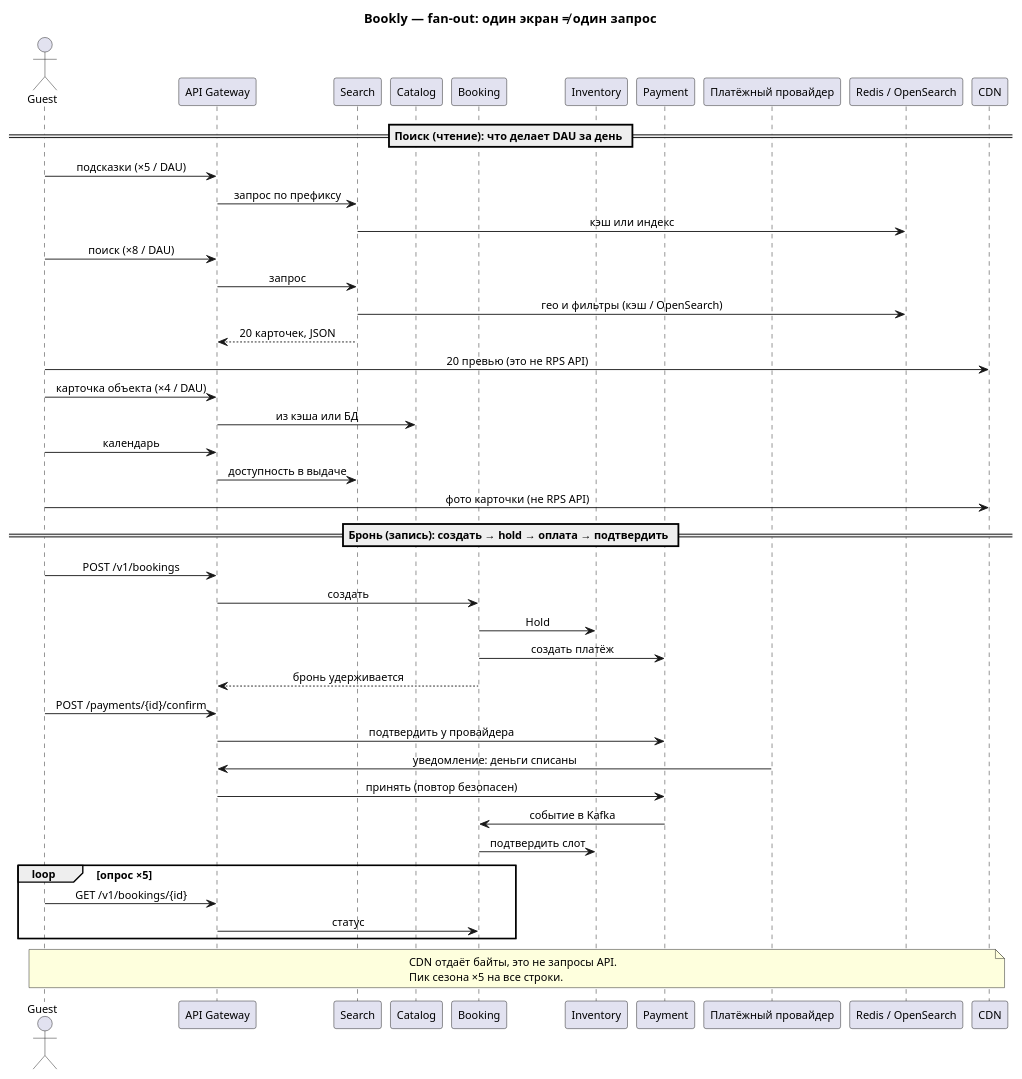
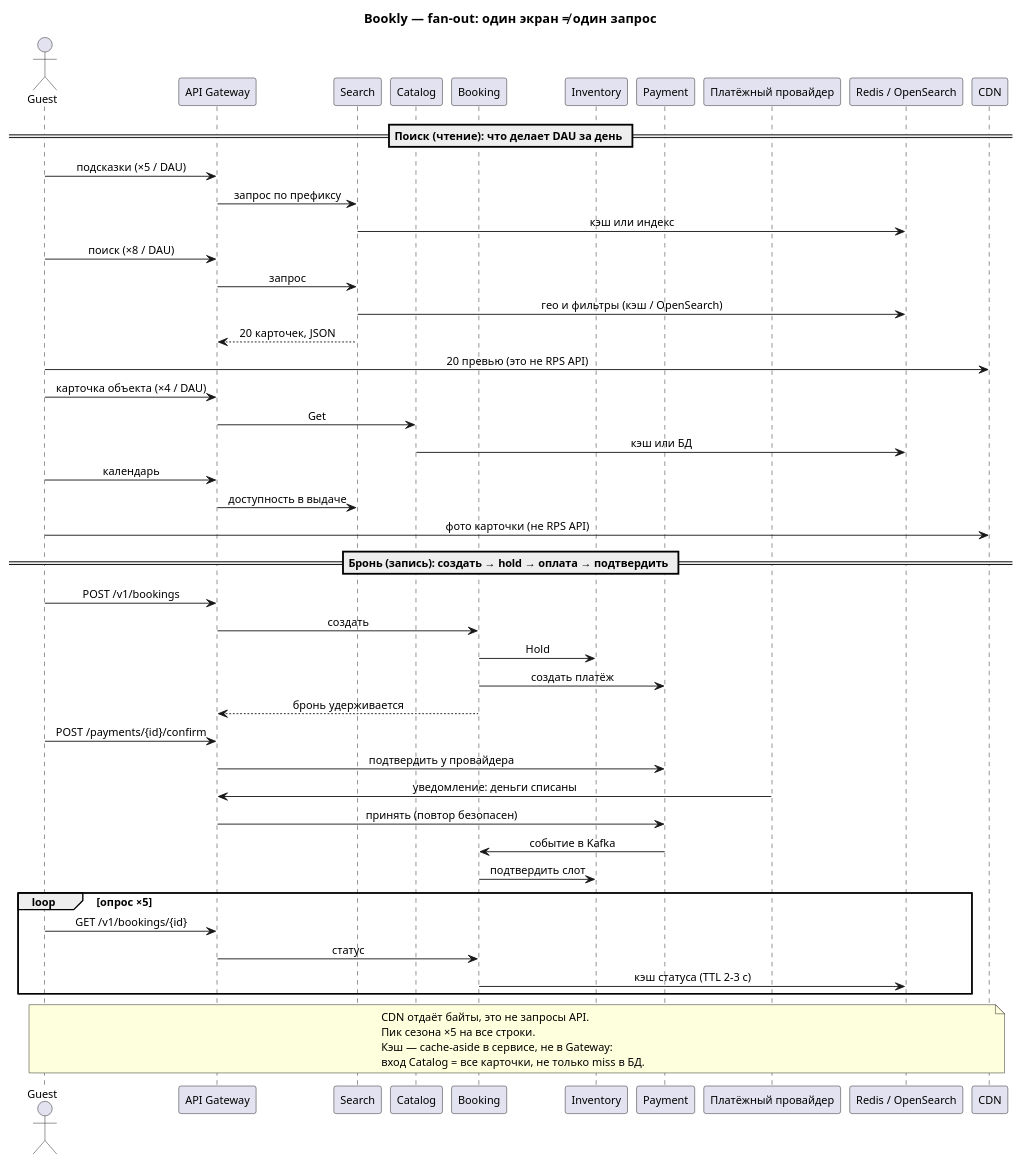
The diagram in hw_04/solution/diagrams/rps-fanout.puml (grahovsky/otus-systemdesign-homework), drawn with PlantUML before and after one commit. The commit also changed 1 other file, not shown here.

```diff
--- a/hw_04/solution/diagrams/rps-fanout.puml
+++ b/hw_04/solution/diagrams/rps-fanout.puml
@@ -1,62 +1,67 @@
 @startuml rps-fanout
 title Bookly — fan-out: один экран ≠ один запрос
 
 skinparam sequenceMessageAlign center
 skinparam defaultFontSize 12
 
 actor Guest
 participant "API Gateway" as GW
 participant "Search" as Search
 participant "Catalog" as Catalog
 participant "Booking" as Booking
 participant "Inventory" as Inv
 participant "Payment" as Pay
 participant "Платёжный провайдер" as Prov
 participant "Redis / OpenSearch" as Idx
 participant "CDN" as CDN
 
 == Поиск (чтение): что делает DAU за день ==
 
 Guest -> GW : подсказки (×5 / DAU)
 GW -> Search : запрос по префиксу
 Search -> Idx : кэш или индекс
 
 Guest -> GW : поиск (×8 / DAU)
 GW -> Search : запрос
 Search -> Idx : гео и фильтры (кэш / OpenSearch)
 Search --> GW : 20 карточек, JSON
 Guest -> CDN : 20 превью (это не RPS API)
 
 Guest -> GW : карточка объекта (×4 / DAU)
-GW -> Catalog : из кэша или БД
+GW -> Catalog : Get
+Catalog -> Idx : кэш или БД
+
 Guest -> GW : календарь
 GW -> Search : доступность в выдаче
 Guest -> CDN : фото карточки (не RPS API)
 
 == Бронь (запись): создать → hold → оплата → подтвердить ==
 
 Guest -> GW : POST /v1/bookings
 GW -> Booking : создать
 Booking -> Inv : Hold
 Booking -> Pay : создать платёж
 Booking --> GW : бронь удерживается
 
 Guest -> GW : POST /payments/{id}/confirm
 GW -> Pay : подтвердить у провайдера
 
 Prov -> GW : уведомление: деньги списаны
 GW -> Pay : принять (повтор безопасен)
 Pay -> Booking : событие в Kafka
 Booking -> Inv : подтвердить слот
 
 loop опрос ×5
   Guest -> GW : GET /v1/bookings/{id}
   GW -> Booking : статус
+  Booking -> Idx : кэш статуса (TTL 2–3 с)
 end
 
 note over Guest, CDN
   CDN отдаёт байты, это не запросы API.
   Пик сезона ×5 на все строки.
+  Кэш — cache-aside в сервисе, не в Gateway:
+  вход Catalog = все карточки, не только miss в БД.
 end note
 
 @enduml
```
